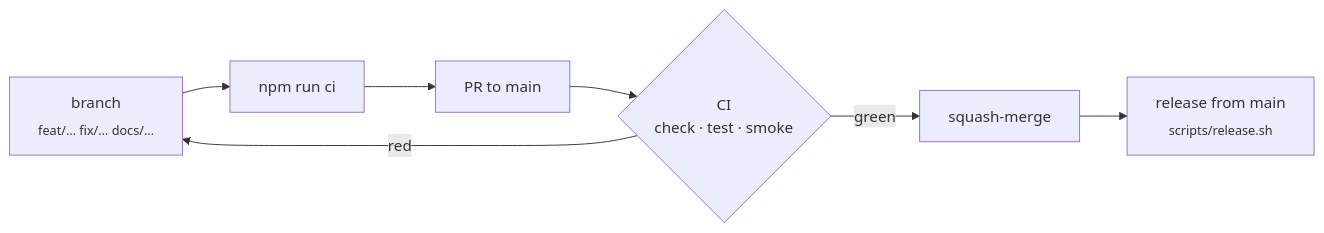
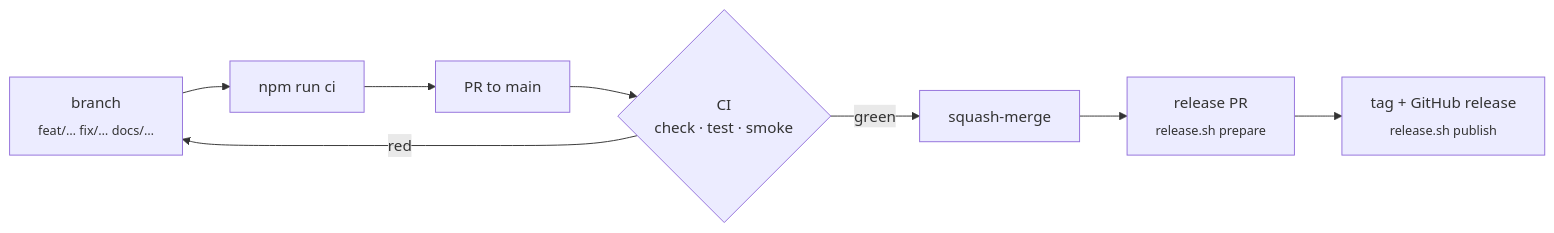
The diagram in CONTRIBUTING.md (iiogurt/Optica_Viva), drawn with Mermaid before and after one commit. The commit also changed other lines of this file and 4 other files, not shown here.

First line of the commit message:
ci(release): release through pull requests; never push to main (#7)

````diff
--- a/CONTRIBUTING.md
+++ b/CONTRIBUTING.md
@@ -14,6 +14,6 @@
 ```mermaid
 flowchart LR
     A["branch<br/><sub>feat/… fix/… docs/…</sub>"] --> B["npm run ci"] --> C["PR to main"] --> D{"CI<br/>check · test · smoke"}
-    D -- green --> E["squash-merge"] --> F["release from main<br/><sub>scripts/release.sh</sub>"]
+    D -- green --> E["squash-merge"] --> F["release PR<br/><sub>release.sh prepare</sub>"] --> G["tag + GitHub release<br/><sub>release.sh publish</sub>"]
     D -- red --> A
 ```
````
